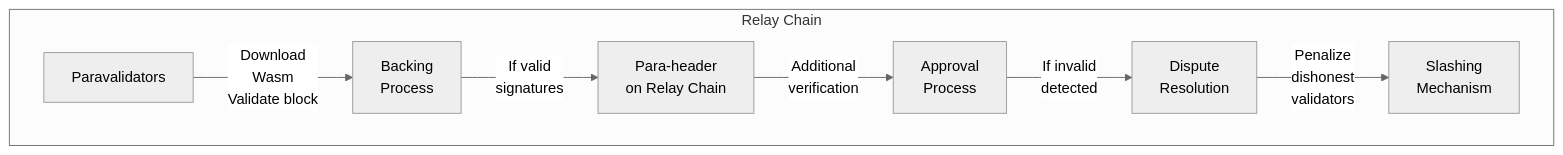
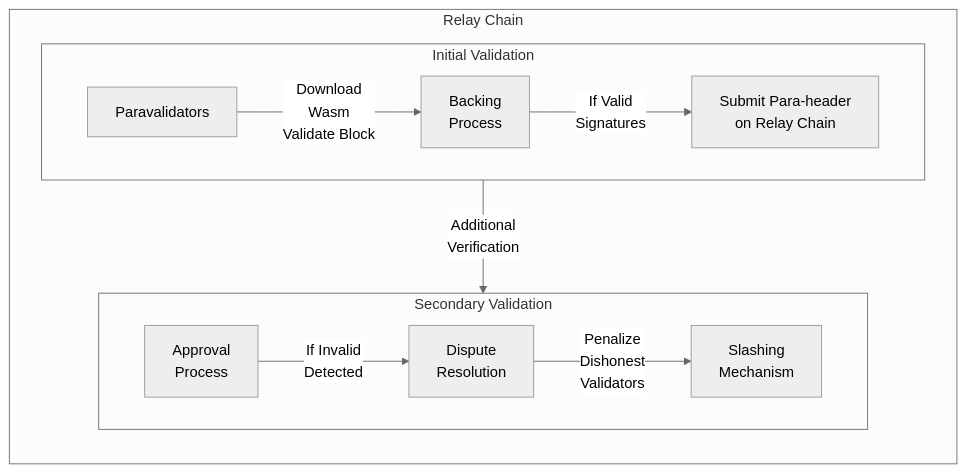
The second of 2 diagrams in polkadot-protocol/architecture/parachains/consensus.md (polkadot-developers/polkadot-docs), drawn with Mermaid (neutral theme) before and after one commit.

Commit message:
fix: updating second diagram

````diff
--- a/polkadot-protocol/architecture/parachains/consensus.md
+++ b/polkadot-protocol/architecture/parachains/consensus.md
@@ -77,21 +77,28 @@
 ```mermaid
 flowchart
     subgraph RelayChain["Relay Chain"]
-        direction LR
-        PValidators[Paravalidators]
-        Backing[Backing\nProcess]
-        Header[Para-header\non Relay Chain]
-        Approval[Approval\nProcess]
-        Dispute[Dispute\nResolution]
-        Slashing[Slashing\nMechanism]
+        direction TB
+        subgraph InitialValidation["Initial Validation"]
+            direction LR
+            PValidators[Paravalidators]
+            Backing[Backing\nProcess]
+            Header[Submit Para-header\non Relay Chain]
+        end
+        subgraph Secondary["Secondary Validation"]
+            Approval[Approval\nProcess]
+            Dispute[Dispute\nResolution]
+            Slashing[Slashing\nMechanism]
+        end
+        
     end
+
+
     %% Validation Process
-    PValidators -->|Download\nWasm\nValidate block| Backing
-    Backing -->|If valid\nsignatures| Header
-    Header -->|Additional\nverification| Approval
+    PValidators -->|Download\nWasm\nValidate Block| Backing
+    Backing -->|If Valid\nSignatures| Header
+    InitialValidation -->|Additional\nVerification| Secondary
     
     %% Dispute Flow
-    Approval -->|If invalid\ndetected| Dispute
-    Dispute -->|Penalize\ndishonest\nvalidators| Slashing
-
+    Approval -->|If Invalid\nDetected| Dispute
+    Dispute -->|Penalize\nDishonest\nValidators| Slashing
 ```
````
